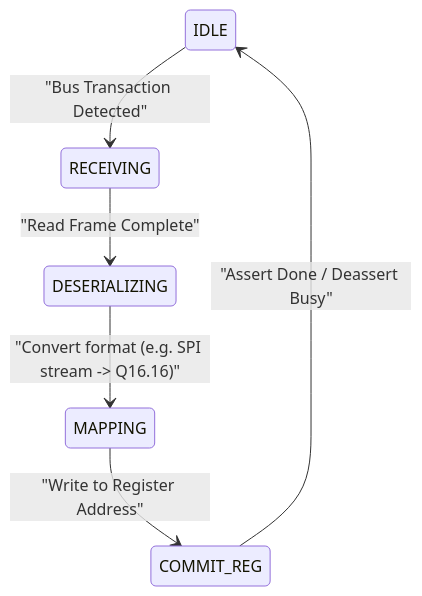
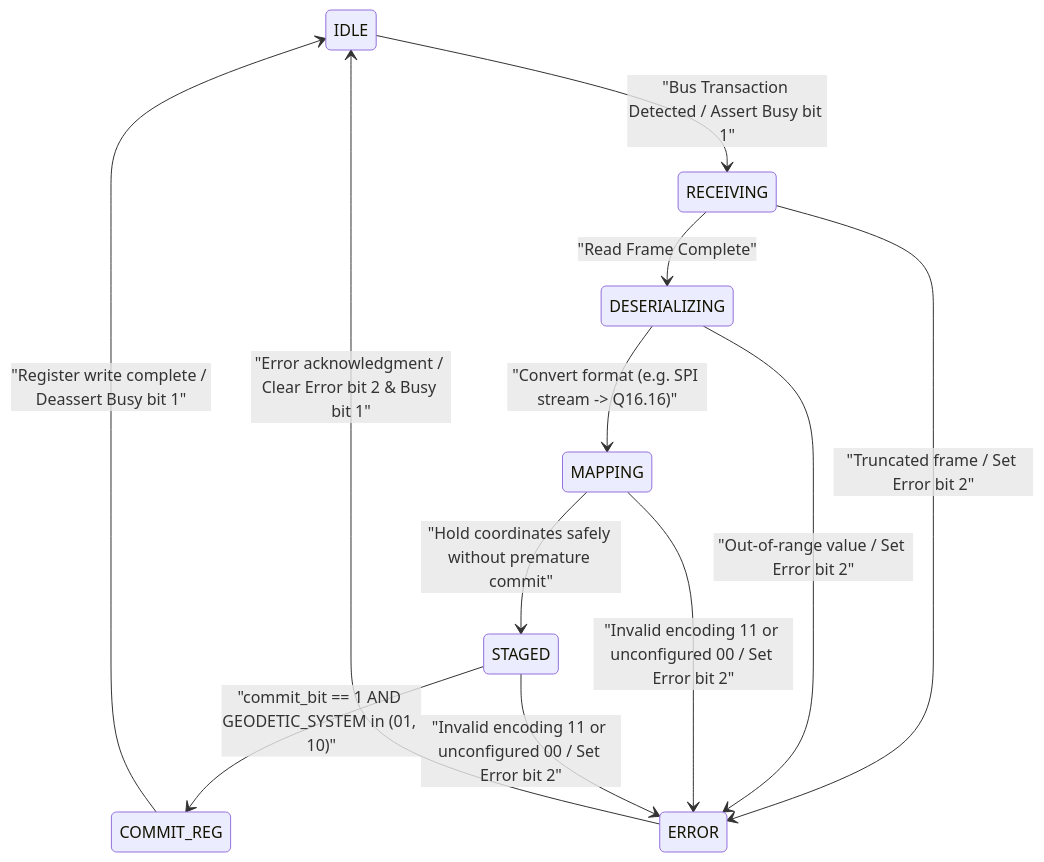
The second of 2 diagrams in docs/feat-hardware-decoupled-persistence-design.md (gintatkinson/digital-pipeline-repo), drawn with Mermaid before and after one commit. The commit also changed other lines of this file and 1 other file, not shown here.

Commit message:
fix(docs): add CONTROL_STATUS FSM Realisation Matrix and STAGED/ERROR states (Fixes #372)

````diff
--- a/docs/feat-hardware-decoupled-persistence-design.md
+++ b/docs/feat-hardware-decoupled-persistence-design.md
@@ -79,8 +87,14 @@
 ```mermaid
 stateDiagram-v2
-    IDLE --> RECEIVING : "Bus Transaction Detected"
+    IDLE --> RECEIVING : "Bus Transaction Detected / Assert Busy bit 1"
     RECEIVING --> DESERIALIZING : "Read Frame Complete"
     DESERIALIZING --> MAPPING : "Convert format (e.g. SPI stream -> Q16.16)"
-    MAPPING --> COMMIT_REG : "Write to Register Address"
-    COMMIT_REG --> IDLE : "Assert Done / Deassert Busy"
+    MAPPING --> STAGED : "Hold coordinates safely without premature commit"
+    STAGED --> COMMIT_REG : "commit_bit == 1 AND GEODETIC_SYSTEM in (01, 10)"
+    COMMIT_REG --> IDLE : "Register write complete / Deassert Busy bit 1"
+    RECEIVING --> ERROR : "Truncated frame / Set Error bit 2"
+    DESERIALIZING --> ERROR : "Out-of-range value / Set Error bit 2"
+    MAPPING --> ERROR : "Invalid encoding 11 or unconfigured 00 / Set Error bit 2"
+    STAGED --> ERROR : "Invalid encoding 11 or unconfigured 00 / Set Error bit 2"
+    ERROR --> IDLE : "Error acknowledgment / Clear Error bit 2 & Busy bit 1"
 ```
````
